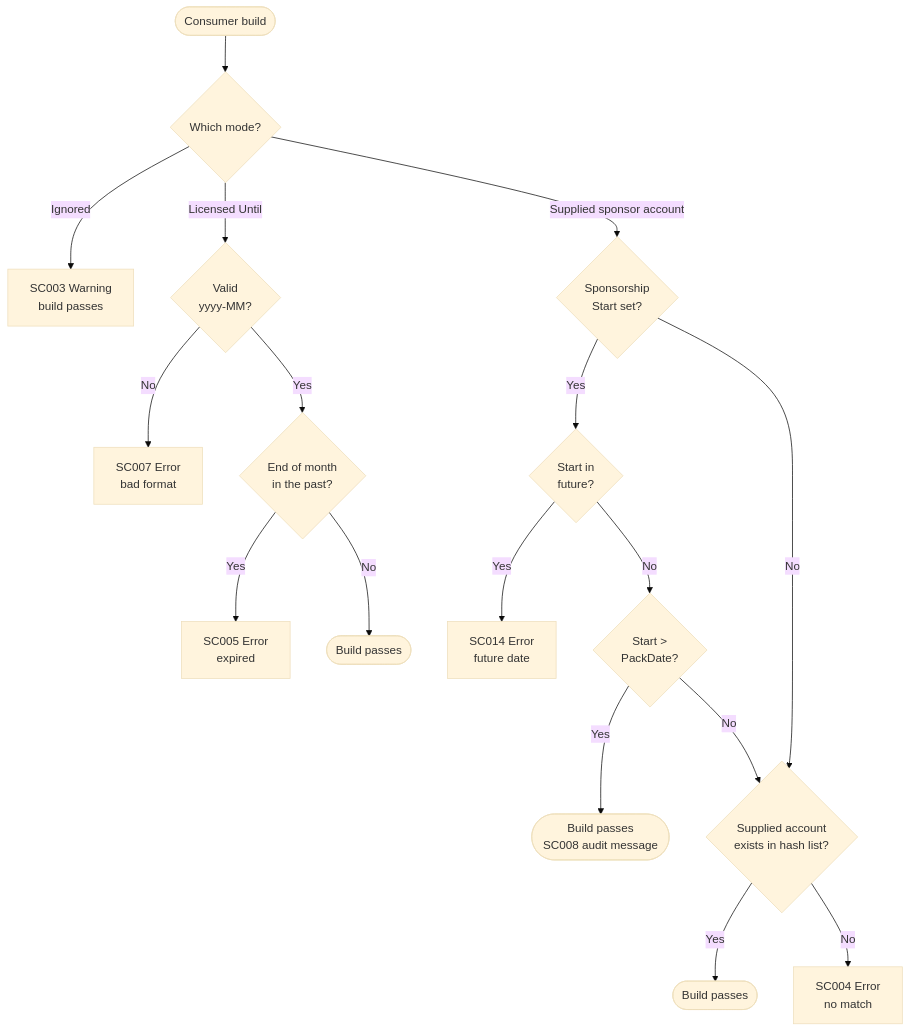
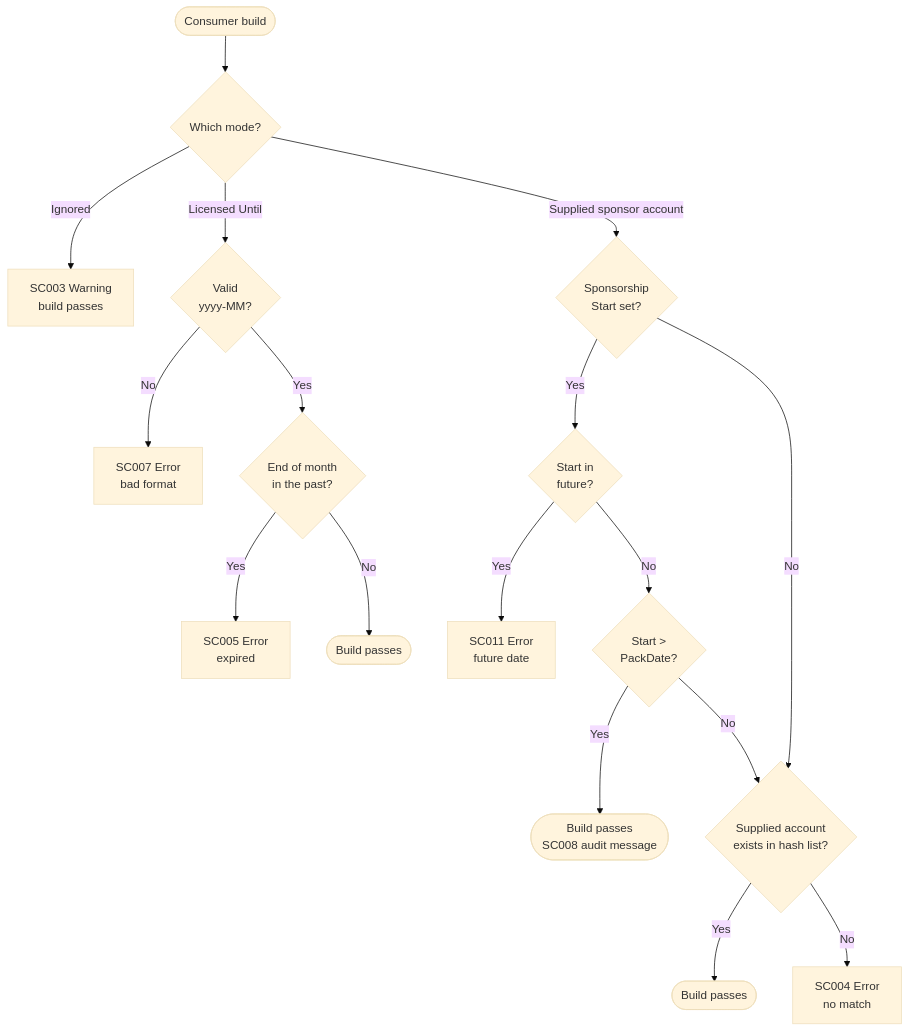
One commit to SimonCropp/SponsorCheck changed the diagram in readme.md. Above: the diagram before and after it, drawn with Mermaid (base theme). The commit also changed other lines of this file and 19 other files, not shown here.

````diff
--- a/readme.md
+++ b/readme.md
@@ -336,24 +264,24 @@
 ```mermaid
 flowchart TD
     Start([Consumer build]) --> Which{Which mode?}
 
     Which -->|Ignored| SC003[SC003 Warning<br/>build passes]
 
     Which -->|Licensed Until| ParseYM{Valid<br/>yyyy-MM?}
     ParseYM -->|No| SC007[SC007 Error<br/>bad format]
     ParseYM -->|Yes| Expired{End of month<br/>in the past?}
     Expired -->|Yes| SC005[SC005 Error<br/>expired]
     Expired -->|No| PassLicense([Build passes])
 
     Which -->|Supplied sponsor account| HasStart{Sponsorship<br/>Start set?}
     HasStart -->|Yes| Future{Start in<br/>future?}
-    Future -->|Yes| SC014[SC014 Error<br/>future date]
+    Future -->|Yes| SC011[SC011 Error<br/>future date]
     Future -->|No| AfterPack{Start &gt;<br/>PackDate?}
     AfterPack -->|Yes| PassAttest([Build passes<br/>SC008 audit message])
     AfterPack -->|No| Match
     HasStart -->|No| Match
 
     Match{Supplied account<br/>exists in hash list?}
     Match -->|Yes| PassSponsor([Build passes])
     Match -->|No| SC004[SC004 Error<br/>no match]
 ```
````
